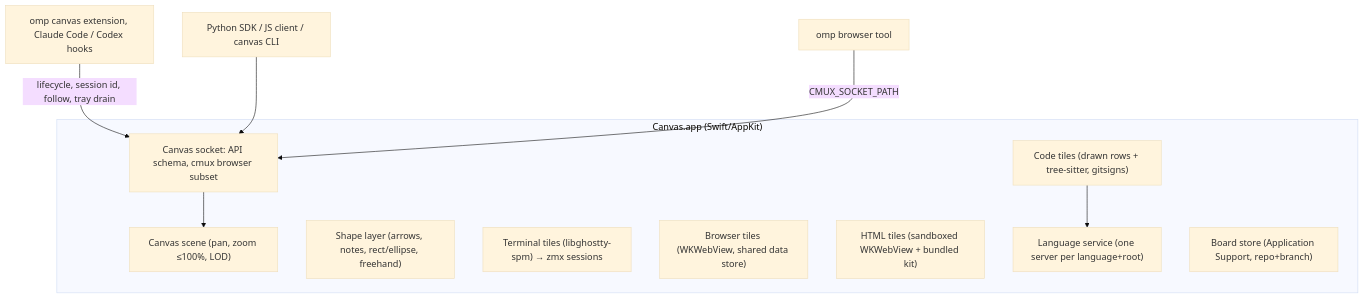
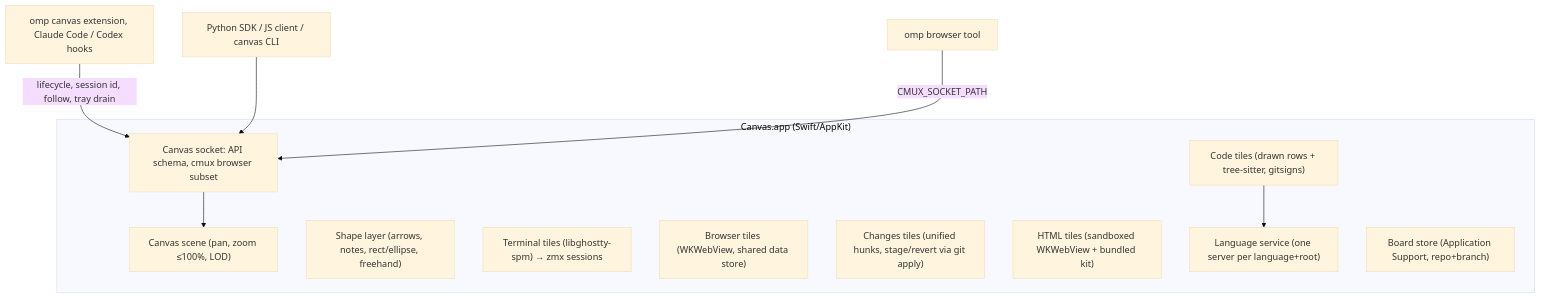
Before and after one commit to twaldin/canvas: the diagram in docs/design.md, drawn with Mermaid (base theme). The commit also changed other lines of this file and 5 other files, not shown here.

First line of the commit message:
Changes tiles: schema, clients, api.md, design and contracts

````diff
--- a/docs/design.md
+++ b/docs/design.md
@@ -16,19 +16,20 @@
 ```mermaid
 flowchart TB
   subgraph App["Canvas.app (Swift/AppKit)"]
     Scene["Canvas scene (pan, zoom ≤100%, LOD)"]
     Ink["Shape layer (arrows, notes, rect/ellipse, freehand)"]
     T["Terminal tiles (libghostty-spm) → zmx sessions"]
     B["Browser tiles (WKWebView, shared data store)"]
     C["Code tiles (drawn rows + tree-sitter, gitsigns)"]
+    R["Changes tiles (unified hunks, stage/revert via git apply)"]
     H["HTML tiles (sandboxed WKWebView + bundled kit)"]
     L["Language service (one server per language+root)"]
     Sock["Canvas socket: API schema, cmux browser subset"]
     Store["Board store (Application Support, repo+branch)"]
   end
   Ext["omp canvas extension, Claude Code / Codex hooks"] -->|"lifecycle, session id, follow, tray drain"| Sock
   SDK["Python SDK / JS client / canvas CLI"] --> Sock
   OmpBrowser["omp browser tool"] -->|"CMUX_SOCKET_PATH"| Sock
   Sock --> Scene
   C --> L
 ```
````
